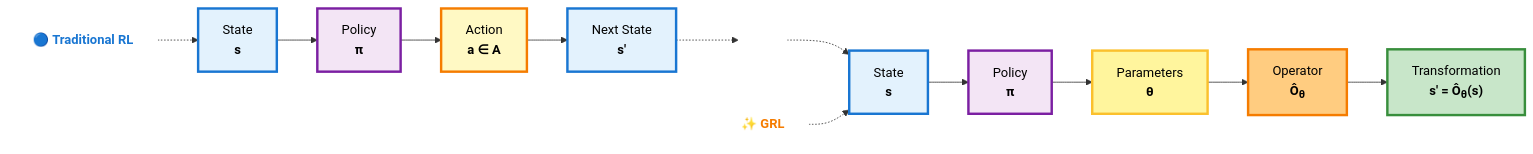
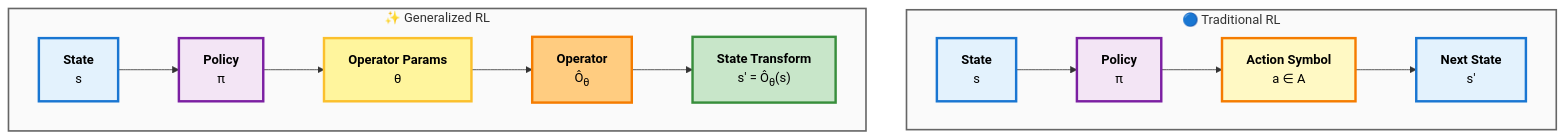
The first of 2 diagrams in README.md (pleiadian53/GRL), drawn with Mermaid before and after one commit.

Commit message:
fix: Create parallel comparison chart for Traditional RL vs GRL
- Use subgraphs with direction LR for horizontal flow within each
- Stack two flows vertically for side-by-side comparison
- Traditional RL: State → Policy → Action Symbol → Next State
- GRL: State → Policy → Operator Params → Operator → State Transform

````diff
--- a/README.md
+++ b/README.md
@@ -15,31 +15,31 @@
 ```mermaid
-flowchart LR
-    T1["🔵 <b>Traditional RL</b>"] -.-> S1
-    S1["State<br/><b>s</b>"] --> P1["Policy<br/><b>π</b>"]
-    P1 --> A1["Action<br/><b>a ∈ A</b>"]
-    A1 --> S2["Next State<br/><b>s'</b>"]
+flowchart TB
+    subgraph TRL["🔵 Traditional RL"]
+        direction LR
+        S1["<b>State</b><br/>s"] --> P1["<b>Policy</b><br/>π"]
+        P1 --> A1["<b>Action Symbol</b><br/>a ∈ A"]
+        A1 --> NS1["<b>Next State</b><br/>s'"]
+    end
     
-    S2 -.-> G1
-    G1["<br/>"] -.-> S3
-    
-    T2["✨ <b>GRL</b>"] -.-> S3
-    S3["State<br/><b>s</b>"] --> P2["Policy<br/><b>π</b>"]
-    P2 --> O1["Parameters<br/><b>θ</b>"]
-    O1 --> O2["Operator<br/><b>Ô<sub>θ</sub></b>"]
-    O2 --> S4["Transformation<br/><b>s' = Ô<sub>θ</sub>(s)</b>"]
-    
-    style T1 fill:#ffffff,stroke:#ffffff,color:#1976d2
-    style T2 fill:#ffffff,stroke:#ffffff,color:#f57c00
-    style G1 fill:#ffffff,stroke:#ffffff,color:#ffffff
+    subgraph GRL["✨ Generalized RL"]
+        direction LR
+        S2["<b>State</b><br/>s"] --> P2["<b>Policy</b><br/>π"]
+        P2 --> AP["<b>Operator Params</b><br/>θ"]
+        AP --> OP["<b>Operator</b><br/>Ô<sub>θ</sub>"]
+        OP --> ST["<b>State Transform</b><br/>s' = Ô<sub>θ</sub>(s)"]
+    end
     
     style S1 fill:#e3f2fd,stroke:#1976d2,stroke-width:3px,color:#000
-    style S2 fill:#e3f2fd,stroke:#1976d2,stroke-width:3px,color:#000
+    style NS1 fill:#e3f2fd,stroke:#1976d2,stroke-width:3px,color:#000
     style A1 fill:#fff9c4,stroke:#f57c00,stroke-width:3px,color:#000
     style P1 fill:#f3e5f5,stroke:#7b1fa2,stroke-width:3px,color:#000
     
-    style S3 fill:#e3f2fd,stroke:#1976d2,stroke-width:3px,color:#000
-    style S4 fill:#c8e6c9,stroke:#388e3c,stroke-width:3px,color:#000
-    style O1 fill:#fff59d,stroke:#fbc02d,stroke-width:3px,color:#000
-    style O2 fill:#ffcc80,stroke:#f57c00,stroke-width:3px,color:#000
+    style S2 fill:#e3f2fd,stroke:#1976d2,stroke-width:3px,color:#000
+    style ST fill:#c8e6c9,stroke:#388e3c,stroke-width:3px,color:#000
+    style AP fill:#fff59d,stroke:#fbc02d,stroke-width:3px,color:#000
+    style OP fill:#ffcc80,stroke:#f57c00,stroke-width:3px,color:#000
     style P2 fill:#f3e5f5,stroke:#7b1fa2,stroke-width:3px,color:#000
+    
+    style TRL fill:#fafafa,stroke:#666,stroke-width:2px
+    style GRL fill:#fafafa,stroke:#666,stroke-width:2px
 ```
````
